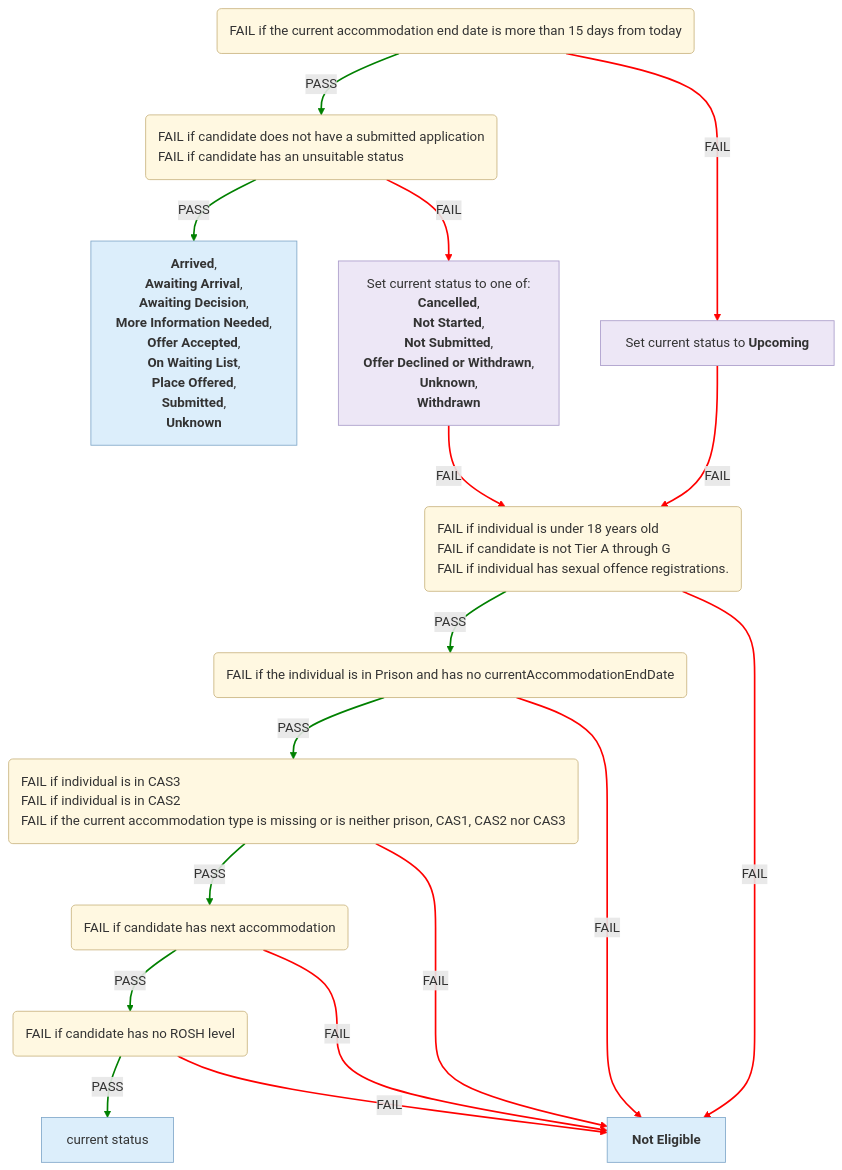
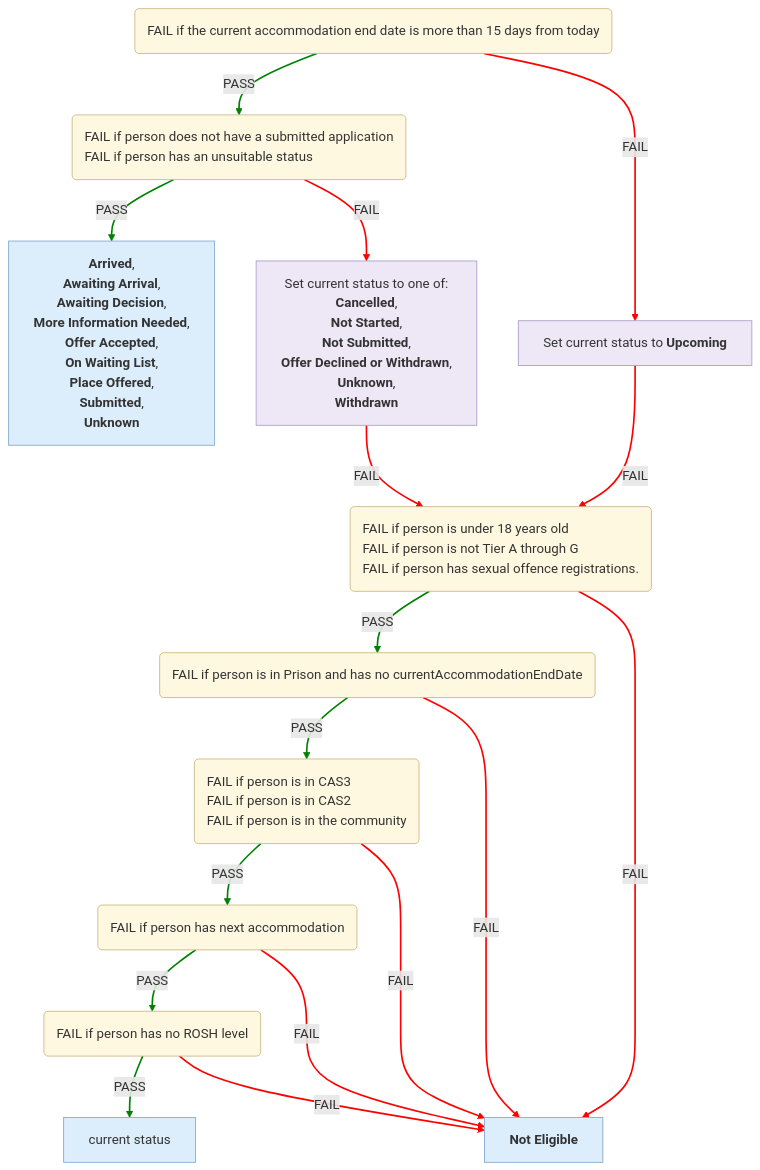
The second of 6 diagrams in docs/eligibility-rules-graph.md (ministryofjustice/hmpps-single-accommodation-service-api), drawn with Mermaid before and after one commit. The commit also changed other lines of this file and 55 other files, not shown here.

````diff
--- a/docs/eligibility-rules-graph.md
+++ b/docs/eligibility-rules-graph.md
@@ -135,59 +155,59 @@
 ```mermaid
 %%{init: {"flowchart": {"wrappingWidth": 800}}}%%
 flowchart TD
   Upcoming("<div style='text-align:left'>FAIL if the current accommodation end date is more than 15 days from today</div>")
-  Suitability("<div style='text-align:left'>FAIL if candidate does not have a submitted application
-FAIL if candidate has an unsuitable status</div>")
+  Suitability("<div style='text-align:left'>FAIL if person does not have a submitted application
+FAIL if person has an unsuitable status</div>")
   outcome_Cas2CompletionContextUpdater["<b>Arrived</b>,
  <b>Awaiting Arrival</b>,
  <b>Awaiting Decision</b>,
  <b>More Information Needed</b>,
  <b>Offer Accepted</b>,
  <b>On Waiting List</b>,
  <b>Place Offered</b>,
  <b>Submitted</b>,
  <b>Unknown</b>"]
   updater_Cas2SuitabilityContextUpdater["Set current status to one of:
 <b>Cancelled</b>,
  <b>Not Started</b>,
  <b>Not Submitted</b>,
  <b>Offer Declined or Withdrawn</b>,
  <b>Unknown</b>,
  <b>Withdrawn</b>"]
-  Eligibility_Person("<div style='text-align:left'>FAIL if individual is under 18 years old
-FAIL if candidate is not Tier A through G
-FAIL if individual has sexual offence registrations.</div>")
-  Eligibility_Release_Date("<div style='text-align:left'>FAIL if the individual is in Prison and has no currentAccommodationEndDate</div>")
-  Eligibility_Current_Accommodation("<div style='text-align:left'>FAIL if individual is in CAS3
-FAIL if individual is in CAS2
-FAIL if the current accommodation type is missing or is neither prison, CAS1, CAS2 nor CAS3</div>")
-  Eligibility_Next_Accommodation("<div style='text-align:left'>FAIL if candidate has next accommodation</div>")
-  Eligibility_Rosh("<div style='text-align:left'>FAIL if candidate has no ROSH level</div>")
+  Eligibility_Person("<div style='text-align:left'>FAIL if person is under 18 years old
+FAIL if person is not Tier A through G
+FAIL if person has sexual offence registrations.</div>")
+  Eligibility_Release_Date("<div style='text-align:left'>FAIL if person is in Prison and has no currentAccommodationEndDate</div>")
+  Eligibility_Current_Accommodation("<div style='text-align:left'>FAIL if person is in CAS3
+FAIL if person is in CAS2
+FAIL if person is in the community</div>")
+  Eligibility_Next_Accommodation("<div style='text-align:left'>FAIL if person has next accommodation</div>")
+  Eligibility_Rosh("<div style='text-align:left'>FAIL if person has no ROSH level</div>")
   confirmed["current status"]
   CAS2_NOT_ELIGIBLE["<b>Not Eligible</b>"]
   updater_Cas2UpcomingContextUpdater["Set current status to <b>Upcoming</b>"]
   Suitability -->|PASS| outcome_Cas2CompletionContextUpdater
   Suitability -->|FAIL| updater_Cas2SuitabilityContextUpdater
   Eligibility_Rosh -->|PASS| confirmed
   Eligibility_Rosh -->|FAIL| CAS2_NOT_ELIGIBLE
   Eligibility_Next_Accommodation -->|PASS| Eligibility_Rosh
   Eligibility_Next_Accommodation -->|FAIL| CAS2_NOT_ELIGIBLE
   Eligibility_Current_Accommodation -->|PASS| Eligibility_Next_Accommodation
   Eligibility_Current_Accommodation -->|FAIL| CAS2_NOT_ELIGIBLE
   Eligibility_Release_Date -->|PASS| Eligibility_Current_Accommodation
   Eligibility_Release_Date -->|FAIL| CAS2_NOT_ELIGIBLE
   Eligibility_Person -->|PASS| Eligibility_Release_Date
   Eligibility_Person -->|FAIL| CAS2_NOT_ELIGIBLE
   updater_Cas2SuitabilityContextUpdater -->|FAIL| Eligibility_Person
   Upcoming -->|PASS| Suitability
   Upcoming -->|FAIL| updater_Cas2UpcomingContextUpdater
   updater_Cas2UpcomingContextUpdater -->|FAIL| Eligibility_Person
   linkStyle 0,2,4,6,8,10,13 stroke:green,stroke-width:2px
   linkStyle 1,3,5,7,9,11,12,14,15 stroke:red,stroke-width:2px
   classDef ruleSetNode fill:#FFF8E1,stroke:#C9B37E,color:#333
   classDef outcomeNode fill:#DCEEFB,stroke:#7FA7C9,color:#333
   classDef updaterNode fill:#EDE7F6,stroke:#A99BC9,color:#333
   class Upcoming,Suitability,Eligibility_Person,Eligibility_Release_Date,Eligibility_Current_Accommodation,Eligibility_Next_Accommodation,Eligibility_Rosh ruleSetNode
   class outcome_Cas2CompletionContextUpdater,confirmed,CAS2_NOT_ELIGIBLE outcomeNode
   class updater_Cas2SuitabilityContextUpdater,updater_Cas2UpcomingContextUpdater updaterNode
 ```
````
